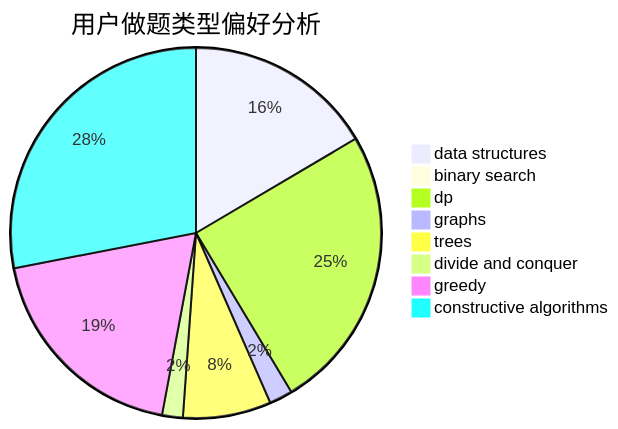
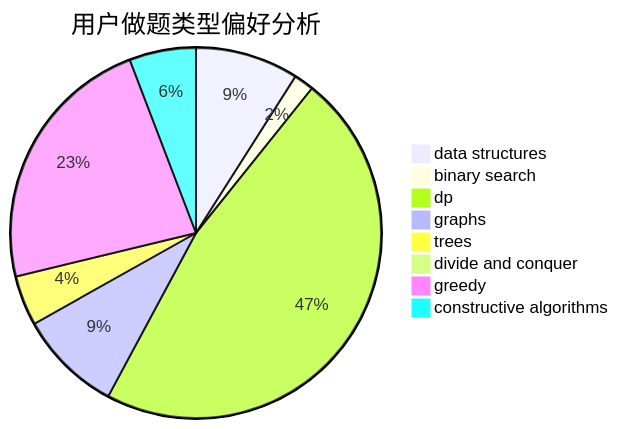
Before and after one commit to sherpahu/cfrs.github.io: the second of 3 diagrams in docs/user/u1178.md, drawn with Mermaid. The commit also changed other lines of this file and 2770 other files, not shown here.

````diff
--- a/docs/user/u1178.md
+++ b/docs/user/u1178.md
@@ -23,11 +23,11 @@
 ```mermaid
 pie title 用户做题类型偏好分析
-    "data structures" :  73
-    "binary search" :  1
-    "dp" :  110
-    "graphs" :  9
-    "trees" :  34
-    "divide and conquer" :  8
-    "greedy" :  84
-    "constructive algorithms" :  124
+    "data structures" :  31
+    "binary search" :  6
+    "dp" :  162
+    "graphs" :  31
+    "trees" :  15
+    "divide and conquer" :  0
+    "greedy" :  79
+    "constructive algorithms" :  20
 ```
````
